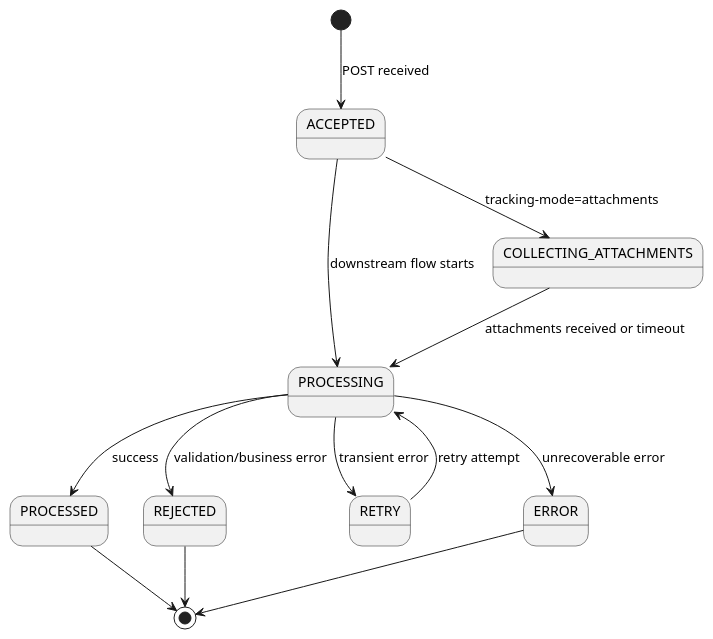
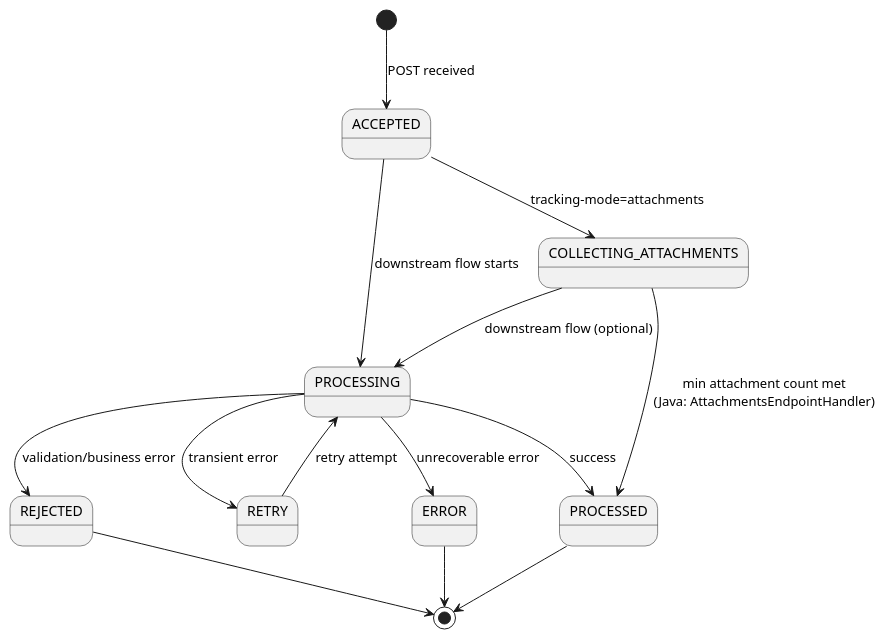
Before and after one commit to cuioss/nifi-extensions: the first of 4 diagrams in doc/reference/request-tracking-architecture.adoc, drawn with PlantUML. The commit also changed other lines of this file and 17 other files, not shown here.

First line of the commit message:
fix: move attachment status transition from NiFi flow to Java code (#287)

```diff
--- a/doc/reference/request-tracking-architecture.adoc
+++ b/doc/reference/request-tracking-architecture.adoc
@@ -18,17 +18,18 @@
 [plantuml]
 ----
 @startuml
 [*] --> ACCEPTED : POST received
 ACCEPTED --> PROCESSING : downstream flow starts
 ACCEPTED --> COLLECTING_ATTACHMENTS : tracking-mode=attachments
-COLLECTING_ATTACHMENTS --> PROCESSING : attachments received or timeout
+COLLECTING_ATTACHMENTS --> PROCESSED : min attachment count met\n(Java: AttachmentsEndpointHandler)
+COLLECTING_ATTACHMENTS --> PROCESSING : downstream flow (optional)
 PROCESSING --> PROCESSED : success
 PROCESSING --> REJECTED : validation/business error
 PROCESSING --> RETRY : transient error
 PROCESSING --> ERROR : unrecoverable error
 RETRY --> PROCESSING : retry attempt
 PROCESSED --> [*]
 REJECTED --> [*]
 ERROR --> [*]
 @enduml
 ----
```
